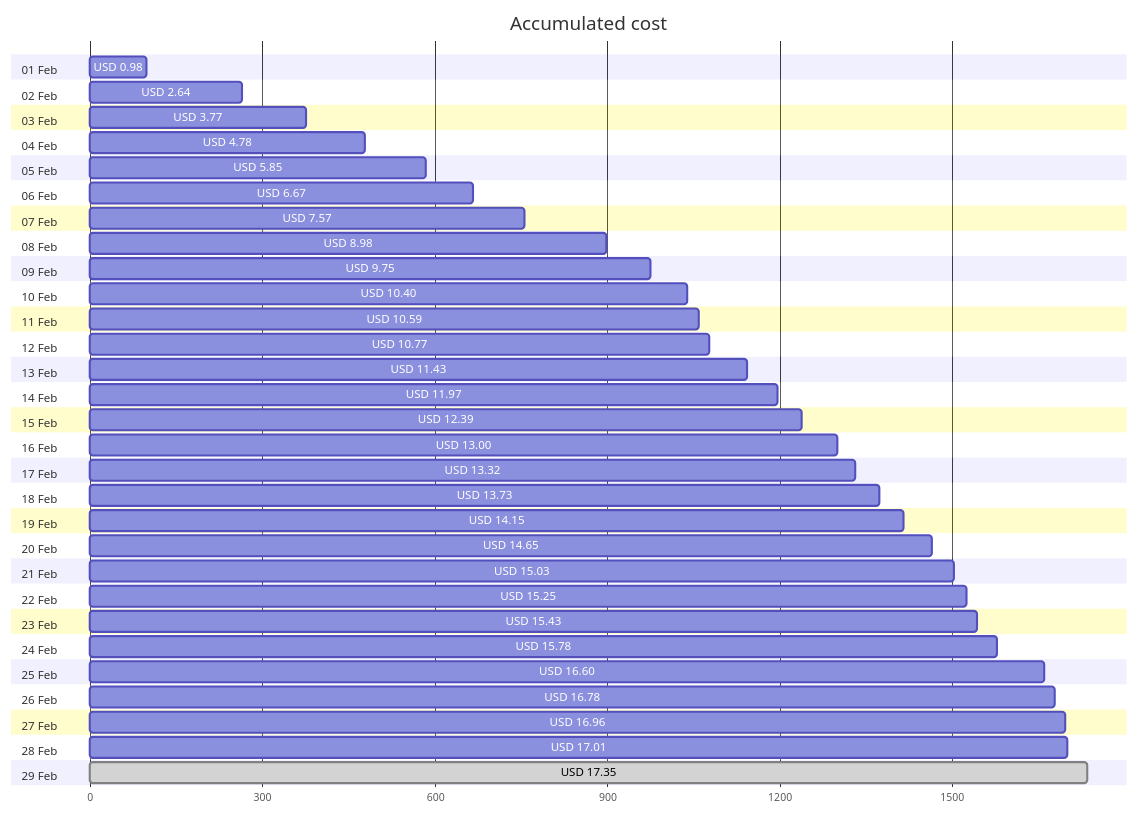
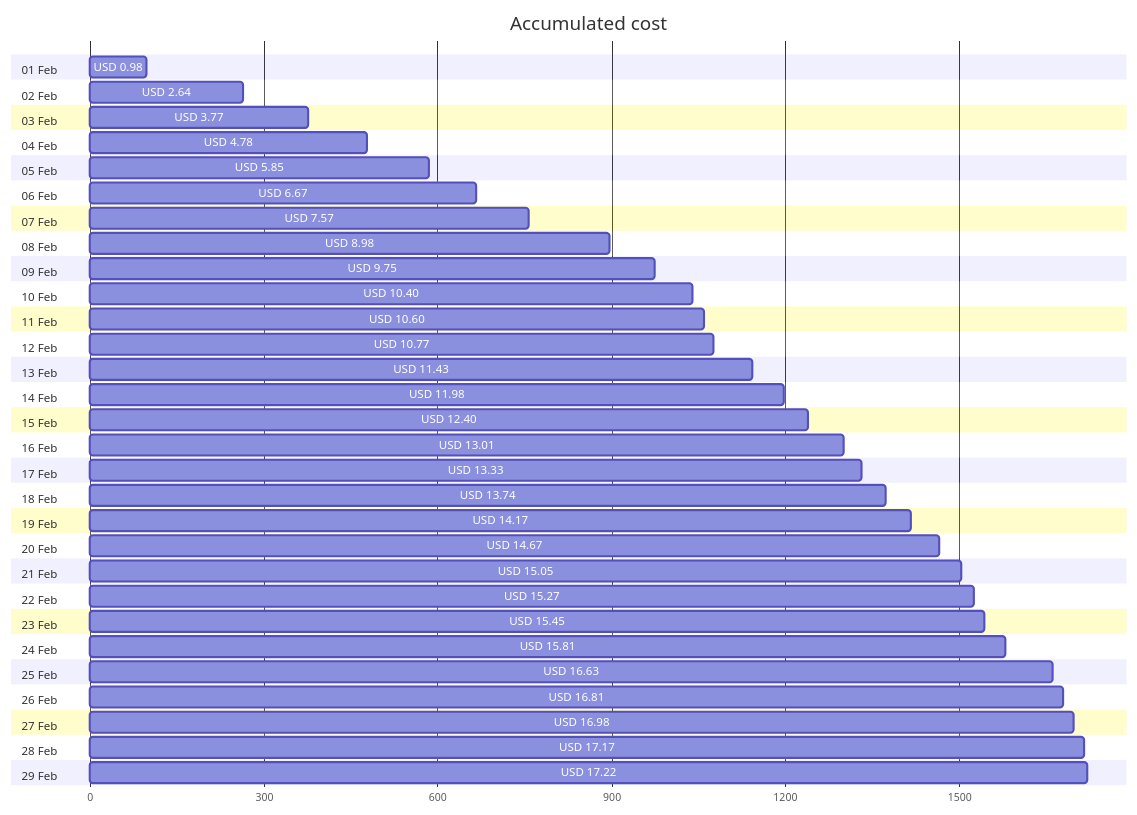
Before and after one commit to jpfulton/azure-personal-reports: the first of 4 diagrams in cost-reports/personal-network/vpn-server.md, drawn with Mermaid. The commit also changed other lines of this file and 8 other files, not shown here.

````diff
--- a/cost-reports/personal-network/vpn-server.md
+++ b/cost-reports/personal-network/vpn-server.md
@@ -20,64 +20,64 @@
 ```mermaid
 gantt
    title Accumulated cost
    dateFormat  X
    axisFormat %s
    section 01 Feb
    USD 0.98 :0, 98
    section 02 Feb
    USD 2.64 :0, 264
    section 03 Feb
    USD 3.77 :0, 377
    section 04 Feb
    USD 4.78 :0, 478
    section 05 Feb
    USD 5.85 :0, 585
    section 06 Feb
    USD 6.67 :0, 667
    section 07 Feb
    USD 7.57 :0, 757
    section 08 Feb
    USD 8.98 :0, 898
    section 09 Feb
    USD 9.75 :0, 975
    section 10 Feb
    USD 10.40 :0, 1040
    section 11 Feb
-   USD 10.59 :0, 1059
+   USD 10.60 :0, 1060
    section 12 Feb
    USD 10.77 :0, 1077
    section 13 Feb
    USD 11.43 :0, 1143
    section 14 Feb
-   USD 11.97 :0, 1197
+   USD 11.98 :0, 1198
    section 15 Feb
-   USD 12.39 :0, 1239
+   USD 12.40 :0, 1240
    section 16 Feb
-   USD 13.00 :0, 1300
+   USD 13.01 :0, 1301
    section 17 Feb
-   USD 13.32 :0, 1332
+   USD 13.33 :0, 1333
    section 18 Feb
-   USD 13.73 :0, 1373
+   USD 13.74 :0, 1374
    section 19 Feb
-   USD 14.15 :0, 1415
+   USD 14.17 :0, 1417
    section 20 Feb
-   USD 14.65 :0, 1465
+   USD 14.67 :0, 1467
    section 21 Feb
-   USD 15.03 :0, 1503
+   USD 15.05 :0, 1505
    section 22 Feb
-   USD 15.25 :0, 1525
+   USD 15.27 :0, 1527
    section 23 Feb
-   USD 15.43 :0, 1543
+   USD 15.45 :0, 1545
    section 24 Feb
-   USD 15.78 :0, 1578
+   USD 15.81 :0, 1581
    section 25 Feb
-   USD 16.60 :0, 1660
+   USD 16.63 :0, 1663
    section 26 Feb
-   USD 16.78 :0, 1678
+   USD 16.81 :0, 1681
    section 27 Feb
-   USD 16.96 :0, 1696
+   USD 16.98 :0, 1698
    section 28 Feb
-   USD 17.01 :0, 1701
+   USD 17.17 :0, 1717
    section 29 Feb
-   USD 17.35 : done, 0, 1735
+   USD 17.22 :0, 1722
 ```
````
